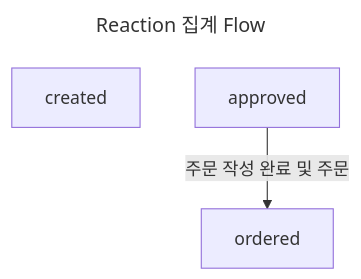
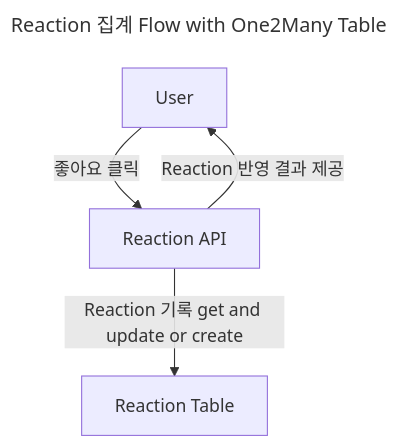
The fifth of 7 diagrams in README.md (orchwang/snack-manager-server), drawn with Mermaid before and after one commit. The commit also changed other lines of this file, not shown here.

Commit message:
Update reaction architectures

````diff
--- a/README.md
+++ b/README.md
@@ -384,9 +388,13 @@
 ```mermaid
 ---
-title: Reaction 집계 Flow
+title: Reaction 집계 Flow with One2Many Table
 ---
 flowchart TD
-  created[created]
-
-  approved --> |주문 작성 완료 및 주문| ordered
+  user[User]
+  reaction_api[Reaction API]
+  reaction_db[Reaction Table]
+ 
+  user --> |좋아요 클릭| reaction_api
+  reaction_api --> |Reaction 기록 get and update or create| reaction_db
+  reaction_api --> |Reaction 반영 결과 제공| user
 ```
````
